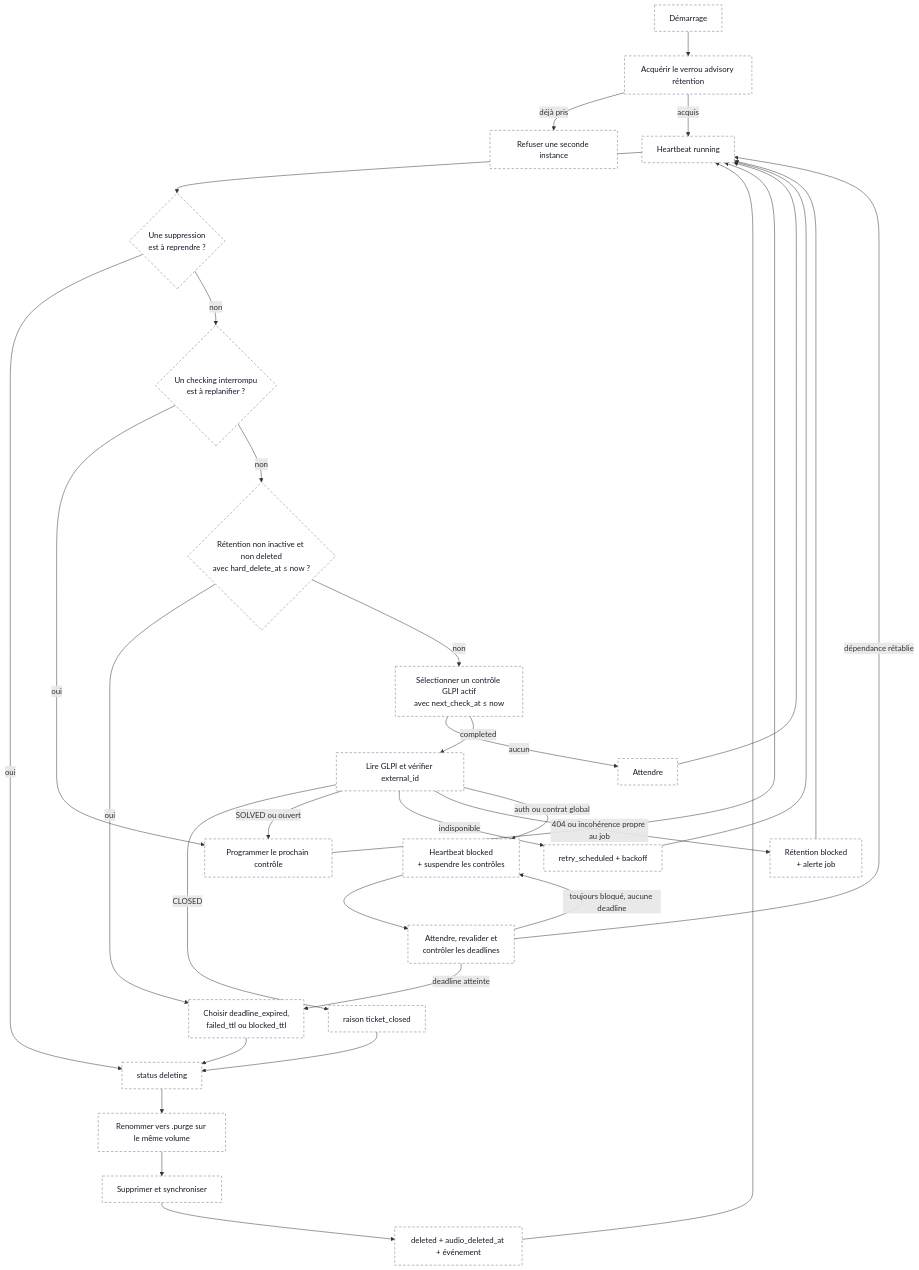
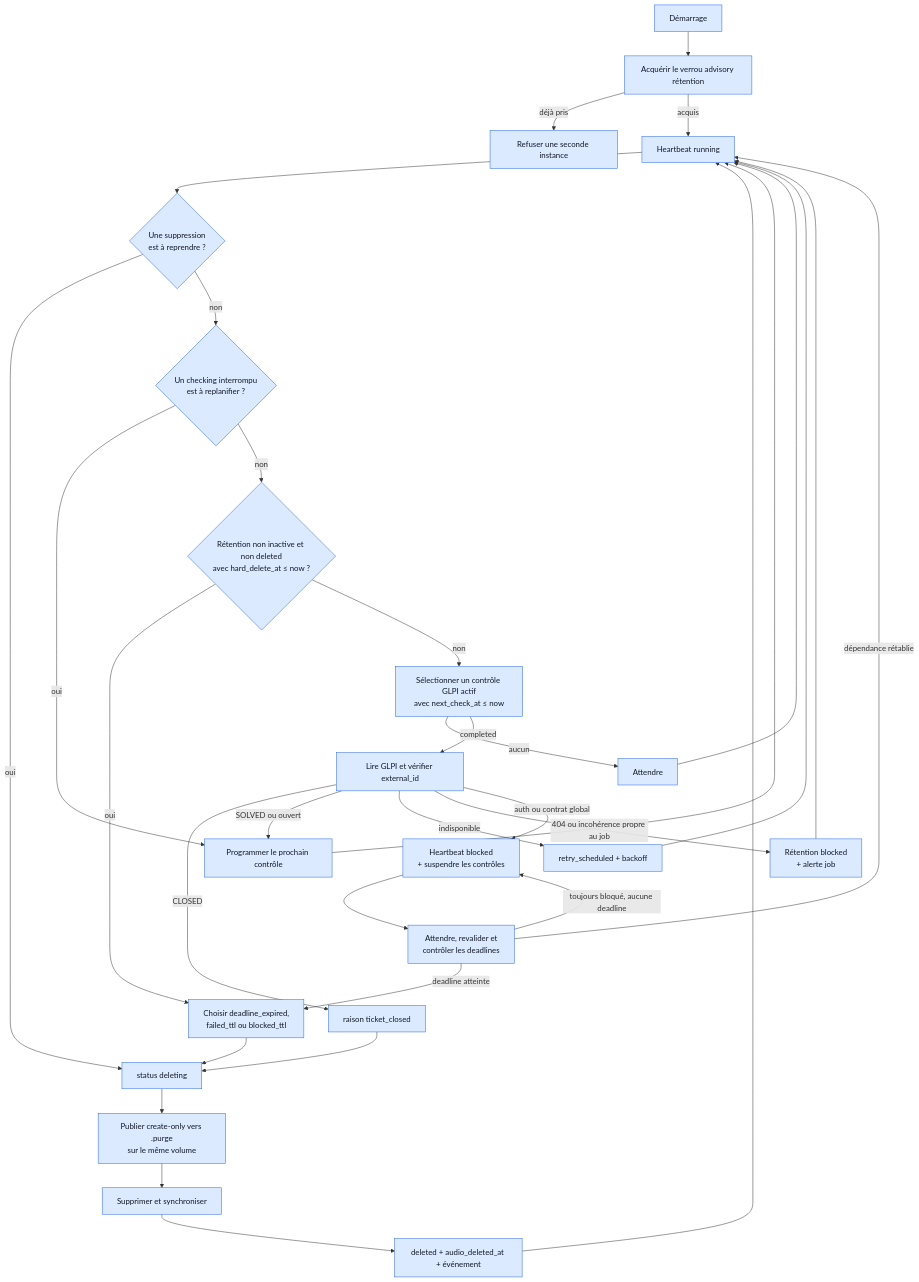
The fifth of 6 diagrams in docs/mvp-architecture.md (dev-vauclaire/mevo2glpi), drawn with Mermaid before and after one commit. The commit also changed other lines of this file and 73 other files, not shown here.

Commit message:
feat(retention): add crash-safe audio retention worker

````diff
--- a/docs/mvp-architecture.md
+++ b/docs/mvp-architecture.md
@@ -694,41 +702,41 @@
 ```mermaid
 flowchart TD
-    Start[Démarrage]:::future --> Lock[Acquérir le verrou advisory rétention]:::future
-    Lock -->|déjà pris| Duplicate[Refuser une seconde instance]:::future
-    Lock -->|acquis| Heartbeat[Heartbeat running]:::future
-    Heartbeat --> RecoverDelete{Une suppression<br/>est à reprendre ?}:::future
-    RecoverDelete -->|oui| Deleting[status deleting]:::future
-    RecoverDelete -->|non| RecoverCheck{Un checking interrompu<br/>est à replanifier ?}:::future
-    RecoverCheck -->|oui| Reschedule[Programmer le prochain contrôle]:::future
-    RecoverCheck -->|non| Expired{Rétention non inactive et non deleted<br/>avec hard_delete_at ≤ now ?}:::future
-    Expired -->|oui| DeadlineReason[Choisir deadline_expired,<br/>failed_ttl ou blocked_ttl]:::future
-    Expired -->|non| Select[Sélectionner un contrôle GLPI actif<br/>avec next_check_at ≤ now]:::future
-    Select -->|aucun| Wait[Attendre]:::future
+    Start[Démarrage]:::implemented --> Lock[Acquérir le verrou advisory rétention]:::implemented
+    Lock -->|déjà pris| Duplicate[Refuser une seconde instance]:::implemented
+    Lock -->|acquis| Heartbeat[Heartbeat running]:::implemented
+    Heartbeat --> RecoverDelete{Une suppression<br/>est à reprendre ?}:::implemented
+    RecoverDelete -->|oui| Deleting[status deleting]:::implemented
+    RecoverDelete -->|non| RecoverCheck{Un checking interrompu<br/>est à replanifier ?}:::implemented
+    RecoverCheck -->|oui| Reschedule[Programmer le prochain contrôle]:::implemented
+    RecoverCheck -->|non| Expired{Rétention non inactive et non deleted<br/>avec hard_delete_at ≤ now ?}:::implemented
+    Expired -->|oui| DeadlineReason[Choisir deadline_expired,<br/>failed_ttl ou blocked_ttl]:::implemented
+    Expired -->|non| Select[Sélectionner un contrôle GLPI actif<br/>avec next_check_at ≤ now]:::implemented
+    Select -->|aucun| Wait[Attendre]:::implemented
     Wait --> Heartbeat
 
-    Select -->|completed| Snapshot[Lire GLPI et vérifier external_id]:::future
+    Select -->|completed| Snapshot[Lire GLPI et vérifier external_id]:::implemented
 
-    Snapshot -->|CLOSED| ClosedReason[raison ticket_closed]:::future
-    Snapshot -->|SOLVED ou ouvert| Reschedule[Programmer le prochain contrôle]:::future
-    Snapshot -->|indisponible| Retry[retry_scheduled + backoff]:::future
-    Snapshot -->|404 ou incohérence propre au job| RetentionJobBlocked[Rétention blocked<br/>+ alerte job]:::future
-    Snapshot -->|auth ou contrat global| RetentionSystemBlocked[Heartbeat blocked<br/>+ suspendre les contrôles]:::future
+    Snapshot -->|CLOSED| ClosedReason[raison ticket_closed]:::implemented
+    Snapshot -->|SOLVED ou ouvert| Reschedule[Programmer le prochain contrôle]:::implemented
+    Snapshot -->|indisponible| Retry[retry_scheduled + backoff]:::implemented
+    Snapshot -->|404 ou incohérence propre au job| RetentionJobBlocked[Rétention blocked<br/>+ alerte job]:::implemented
+    Snapshot -->|auth ou contrat global| RetentionSystemBlocked[Heartbeat blocked<br/>+ suspendre les contrôles]:::implemented
 
     DeadlineReason --> Deleting
     ClosedReason --> Deleting
-    Deleting --> Quarantine[Renommer vers .purge sur le même volume]:::future
-    Quarantine --> Unlink[Supprimer et synchroniser]:::future
-    Unlink --> Deleted[deleted + audio_deleted_at + événement]:::future
+    Deleting --> Quarantine[Publier create-only vers .purge<br/>sur le même volume]:::implemented
+    Quarantine --> Unlink[Supprimer et synchroniser]:::implemented
+    Unlink --> Deleted[deleted + audio_deleted_at + événement]:::implemented
 
     Reschedule --> Heartbeat
     Retry --> Heartbeat
     RetentionJobBlocked --> Heartbeat
-    RetentionSystemBlocked --> Probe[Attendre, revalider et<br/>contrôler les deadlines]:::future
+    RetentionSystemBlocked --> Probe[Attendre, revalider et<br/>contrôler les deadlines]:::implemented
     Probe -->|deadline atteinte| DeadlineReason
     Probe -->|toujours bloqué, aucune deadline| RetentionSystemBlocked
     Probe -->|dépendance rétablie| Heartbeat
     Deleted --> Heartbeat
 
     classDef implemented fill:#dbeafe,stroke:#2563eb,color:#111827;
     classDef future fill:#fff,stroke:#64748b,color:#111827,stroke-dasharray:5 4;
 ```
````
